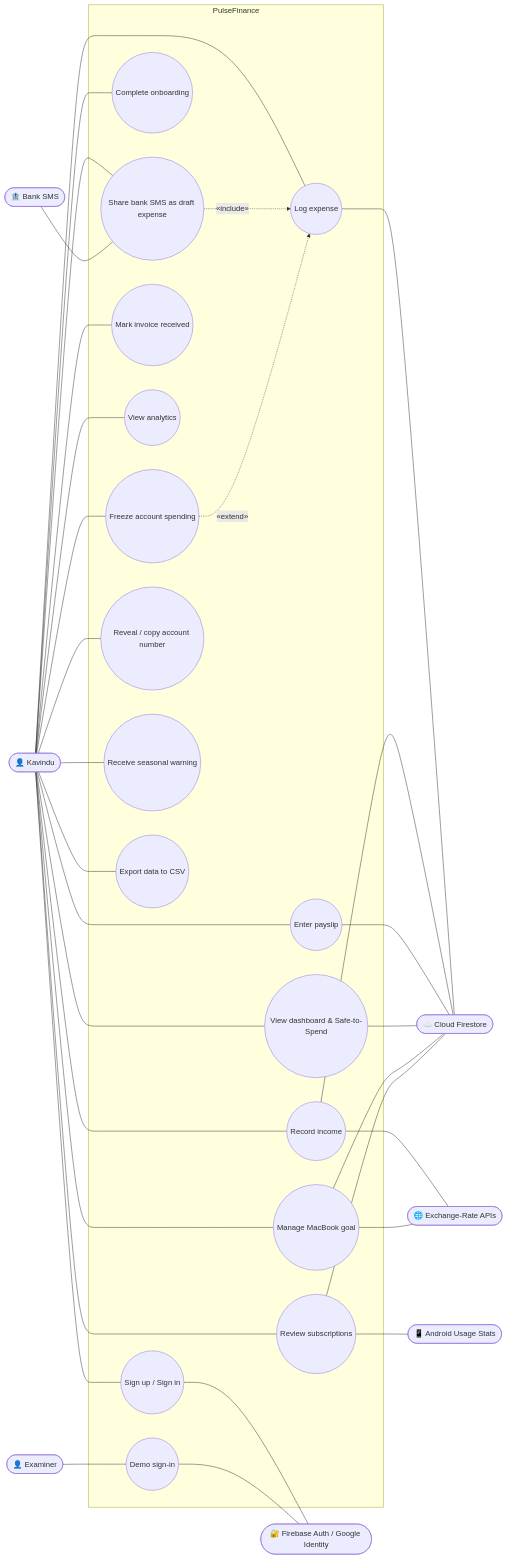
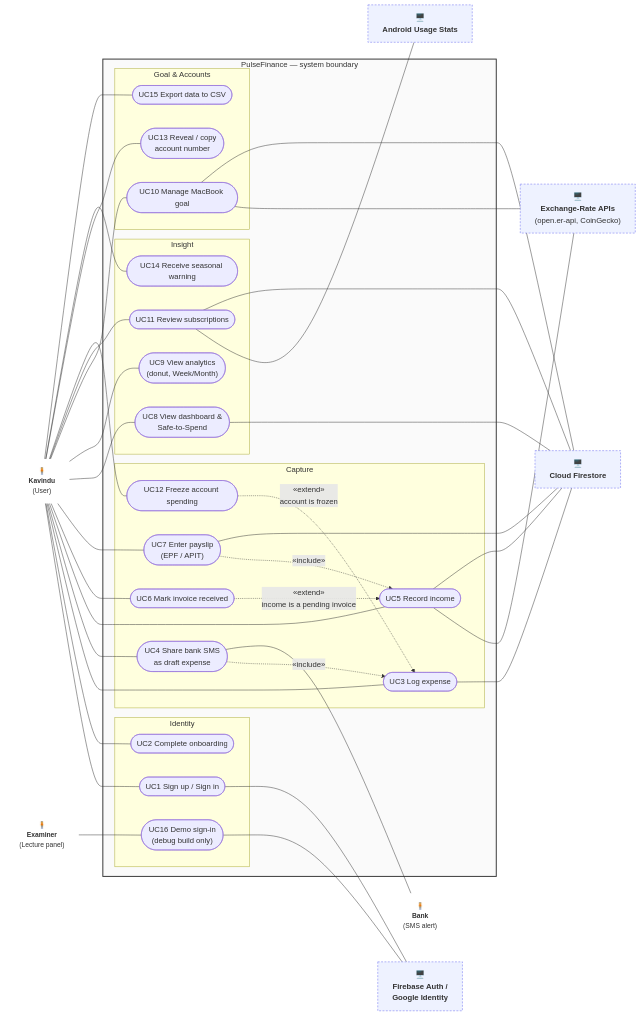
One commit to Hesara2003/PulseFinance-SE3092 changed the diagram in docs/SRS.md. Above: the diagram before and after it, drawn with Mermaid. The commit also changed other lines of this file and 4 other files, not shown here.

````diff
--- a/docs/SRS.md
+++ b/docs/SRS.md
@@ -137,41 +139,86 @@
 ```mermaid
 flowchart LR
-    K([👤 Kavindu])
-    EX([👤 Examiner])
-    BANK([🏦 Bank SMS])
-    FXA([🌐 Exchange-Rate APIs])
-    USG([📱 Android Usage Stats])
-    AUTH([🔐 Firebase Auth / Google Identity])
-    FS([☁️ Cloud Firestore])
+    %% ---------- Primary actors (left) ----------
+    K["🧍<br/><b>Kavindu</b><br/>(User)"]:::actor
+    EX["🧍<br/><b>Examiner</b><br/>(Lecture panel)"]:::actor
 
-    subgraph PulseFinance
-        UC1((Sign up / Sign in))
-        UC2((Complete onboarding))
-        UC3((Log expense))
-        UC4((Share bank SMS as draft expense))
-        UC5((Record income))
-        UC6((Mark invoice received))
-        UC7((Enter payslip))
-        UC8((View dashboard & Safe-to-Spend))
-        UC9((View analytics))
-        UC10((Manage MacBook goal))
-        UC11((Review subscriptions))
-        UC12((Freeze account spending))
-        UC13((Reveal / copy account number))
-        UC14((Receive seasonal warning))
-        UC15((Export data to CSV))
-        UC16((Demo sign-in))
+    %% ---------- System boundary ----------
+    subgraph SYS["PulseFinance — system boundary"]
+        subgraph PKG_ID["Identity"]
+            UC1(["UC1 Sign up / Sign in"])
+            UC2(["UC2 Complete onboarding"])
+            UC16(["UC16 Demo sign-in<br/>(debug build only)"])
+        end
+
+        subgraph PKG_CAP["Capture"]
+            UC3(["UC3 Log expense"])
+            UC4(["UC4 Share bank SMS<br/>as draft expense"])
+            UC12(["UC12 Freeze account spending"])
+            UC5(["UC5 Record income"])
+            UC6(["UC6 Mark invoice received"])
+            UC7(["UC7 Enter payslip<br/>(EPF / APIT)"])
+        end
+
+        subgraph PKG_INS["Insight"]
+            UC8(["UC8 View dashboard &<br/>Safe-to-Spend"])
+            UC9(["UC9 View analytics<br/>(donut, Week/Month)"])
+            UC11(["UC11 Review subscriptions"])
+            UC14(["UC14 Receive seasonal warning"])
+        end
+
+        subgraph PKG_GOAL["Goal & Accounts"]
+            UC10(["UC10 Manage MacBook goal"])
+            UC13(["UC13 Reveal / copy<br/>account number"])
+            UC15(["UC15 Export data to CSV"])
+        end
     end
 
-    K --- UC1 & UC2 & UC3 & UC4 & UC5 & UC6 & UC7 & UC8 & UC9 & UC10 & UC11 & UC12 & UC13 & UC14 & UC15
+    %% ---------- Secondary actors (right) ----------
+    AUTH["🖥️<br/><b>Firebase Auth /<br/>Google Identity</b>"]:::system
+    FS["🖥️<br/><b>Cloud Firestore</b>"]:::system
+    BANK["🧍<br/><b>Bank</b><br/>(SMS alert)"]:::actor
+    FXA["🖥️<br/><b>Exchange-Rate APIs</b><br/>(open.er-api, CoinGecko)"]:::system
+    USG["🖥️<br/><b>Android Usage Stats</b>"]:::system
+
+    %% ---------- Primary associations ----------
+    K --- UC1
+    K --- UC2
+    K --- UC3
+    K --- UC4
+    K --- UC5
+    K --- UC6
+    K --- UC7
+    K --- UC8
+    K --- UC9
+    K --- UC10
+    K --- UC11
+    K --- UC12
+    K --- UC13
+    K --- UC14
+    K --- UC15
     EX --- UC16
-    BANK --- UC4
-    UC4 -. «include» .-> UC3
+
+    %% ---------- Include / extend ----------
+    UC4 -. "«include»" .-> UC3
+    UC12 -. "«extend»<br/>account is frozen" .-> UC3
+    UC6 -. "«extend»<br/>income is a pending invoice" .-> UC5
+    UC7 -. "«include»" .-> UC5
+
+    %% ---------- Secondary associations ----------
+    UC1 --- AUTH
+    UC16 --- AUTH
+    UC4 --- BANK
     UC5 --- FXA
     UC10 --- FXA
     UC11 --- USG
-    UC1 --- AUTH
-    UC16 --- AUTH
-    UC3 & UC5 & UC7 & UC8 & UC10 & UC11 --- FS
-    UC12 -. «extend» .-> UC3
+    UC3 --- FS
+    UC5 --- FS
+    UC8 --- FS
+    UC10 --- FS
+    UC11 --- FS
+    UC7 --- FS
+
+    classDef actor fill:none,stroke:none,font-size:14px
+    classDef system fill:#eef2ff,stroke:#6366f1,stroke-dasharray:4 3
+    style SYS fill:#fafafa,stroke:#333,stroke-width:2px
 ```
````
